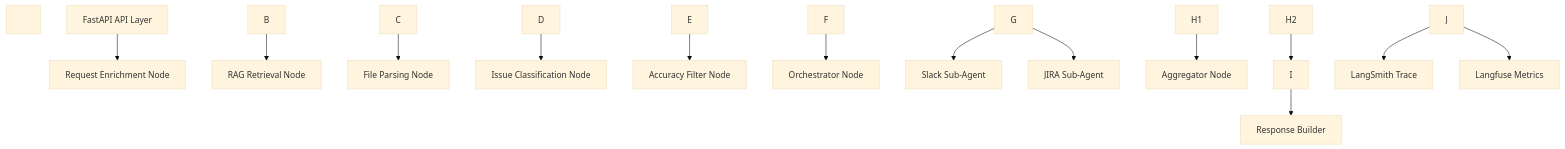
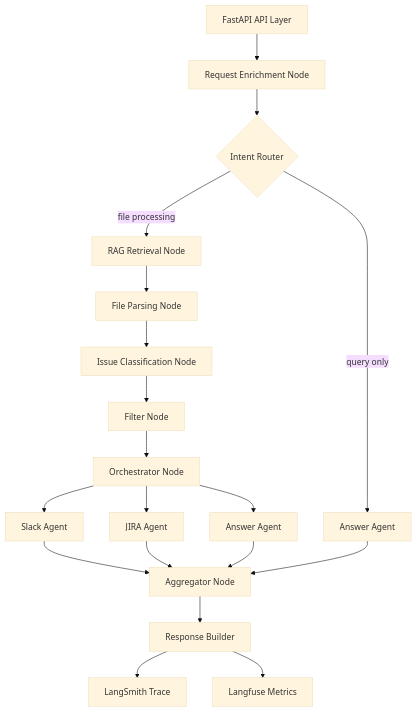
Before and after one commit to ethan-tran-mfv/aiagt-precision-triage: the diagram in docs/TDD.md, drawn with Mermaid (base theme). The commit also changed other lines of this file and 19 other files, not shown here.

````diff
--- a/docs/TDD.md
+++ b/docs/TDD.md
@@ -59,31 +25,21 @@
 ```mermaid
-
 flowchart TD
-
-&nbsp;   A\[FastAPI API Layer] --> B\[Request Enrichment Node]
-
-&nbsp;   B --> C\[RAG Retrieval Node]
-
-&nbsp;   C --> D\[File Parsing Node]
-
-&nbsp;   D --> E\[Issue Classification Node]
-
-&nbsp;   E --> F\[Accuracy Filter Node]
-
-&nbsp;   F --> G\[Orchestrator Node]
-
-&nbsp;   G --> H1\[Slack Sub-Agent]
-
-&nbsp;   G --> H2\[JIRA Sub-Agent]
-
-&nbsp;   H1 --> I\[Aggregator Node]
-
-&nbsp;   H2 --> I
-
-&nbsp;   I --> J\[Response Builder]
-
-&nbsp;   J --> K\[LangSmith Trace]
-
-&nbsp;   J --> L\[Langfuse Metrics]
-
+    A[FastAPI API Layer] --> B[Request Enrichment Node]
+    B --> C{Intent Router}
+    C -- query only --> G[Answer Agent]
+    C -- file processing --> D[RAG Retrieval Node]
+    D --> E[File Parsing Node]
+    E --> F[Issue Classification Node]
+    F --> H[Filter Node]
+    H --> I[Orchestrator Node]
+    I --> J1[Slack Agent]
+    I --> J2[JIRA Agent]
+    I --> J3[Answer Agent]
+    J1 --> K[Aggregator Node]
+    J2 --> K
+    J3 --> K
+    G --> K
+    K --> L[Response Builder]
+    L --> M[LangSmith Trace]
+    L --> N[Langfuse Metrics]
 ```
````
